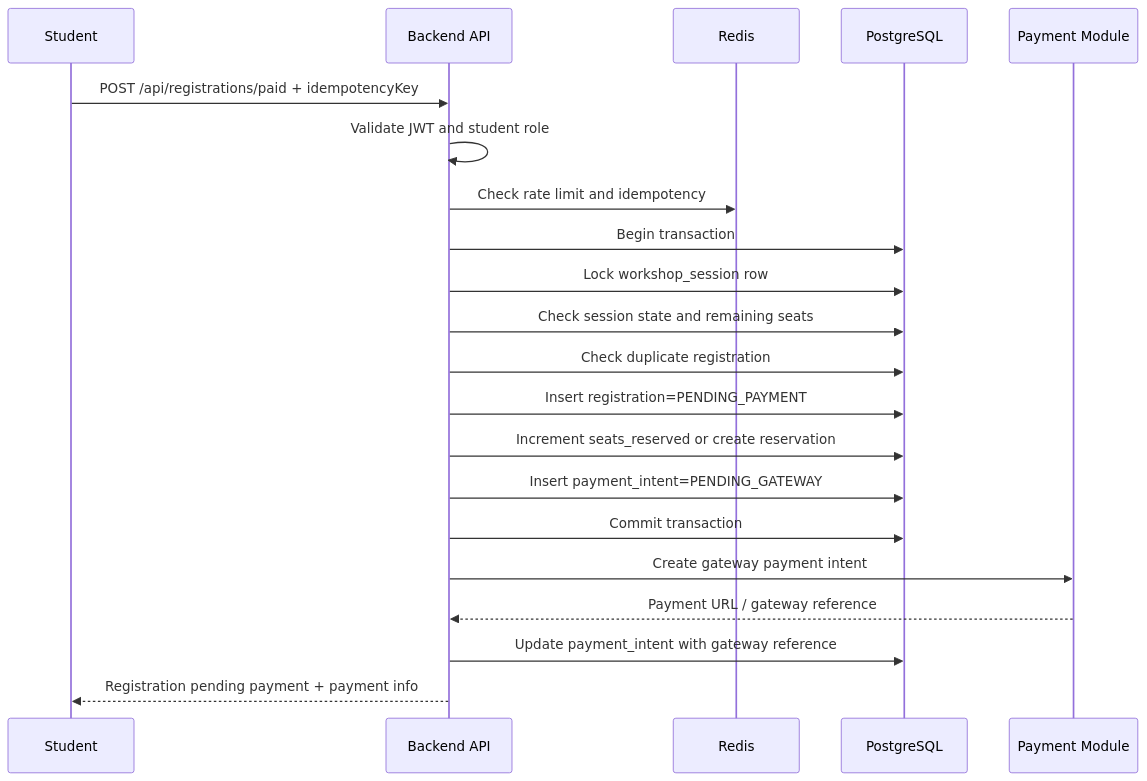
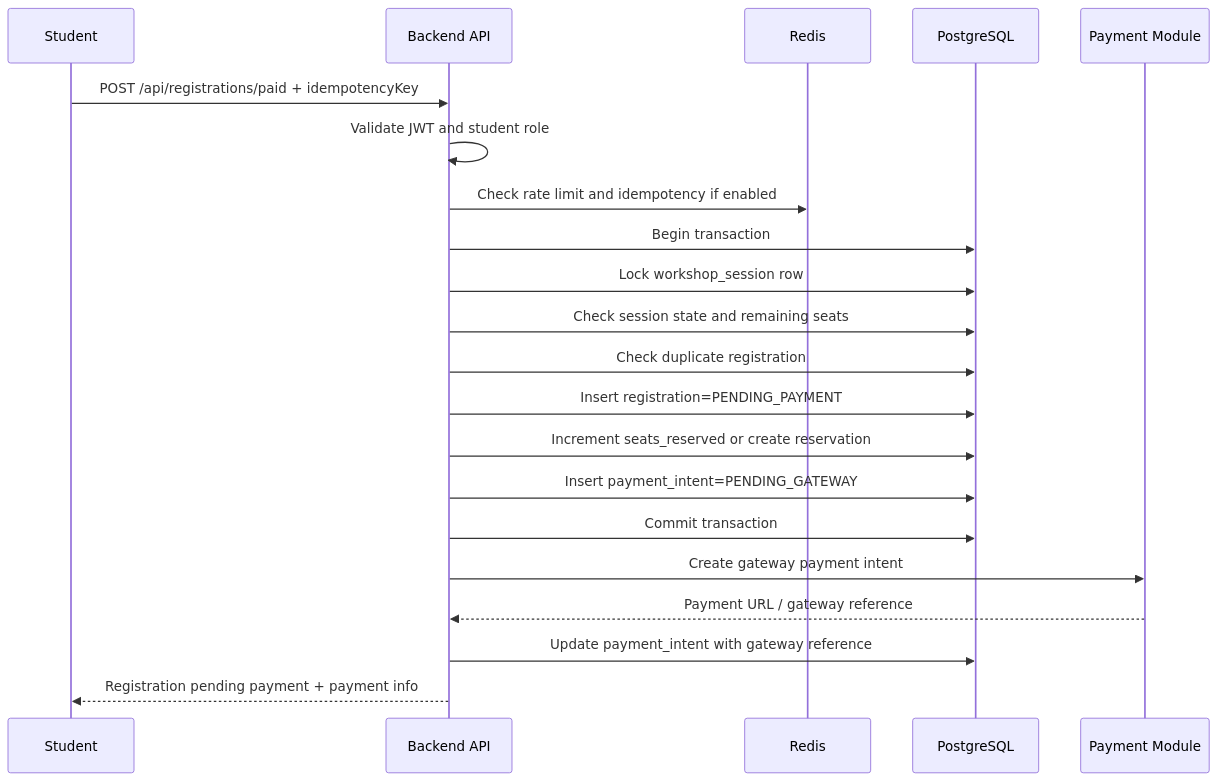
The second of 5 diagrams in blueprint/specs/registration.md (NguyenThanhTien539/unihub-workshop-system), drawn with Mermaid before and after one commit. The commit also changed other lines of this file and 8 other files, not shown here.

````diff
--- a/blueprint/specs/registration.md
+++ b/blueprint/specs/registration.md
@@ -107,24 +106,24 @@
 ```mermaid
 sequenceDiagram
     participant S as Student
     participant API as Backend API
     participant Redis as Redis
     participant DB as PostgreSQL
     participant Pay as Payment Module
 
     S->>API: POST /api/registrations/paid + idempotencyKey
     API->>API: Validate JWT and student role
-    API->>Redis: Check rate limit and idempotency
+    API->>Redis: Check rate limit and idempotency if enabled
     API->>DB: Begin transaction
     API->>DB: Lock workshop_session row
     API->>DB: Check session state and remaining seats
     API->>DB: Check duplicate registration
     API->>DB: Insert registration=PENDING_PAYMENT
     API->>DB: Increment seats_reserved or create reservation
     API->>DB: Insert payment_intent=PENDING_GATEWAY
     API->>DB: Commit transaction
     API->>Pay: Create gateway payment intent
     Pay-->>API: Payment URL / gateway reference
     API->>DB: Update payment_intent with gateway reference
     API-->>S: Registration pending payment + payment info
 ```
````
